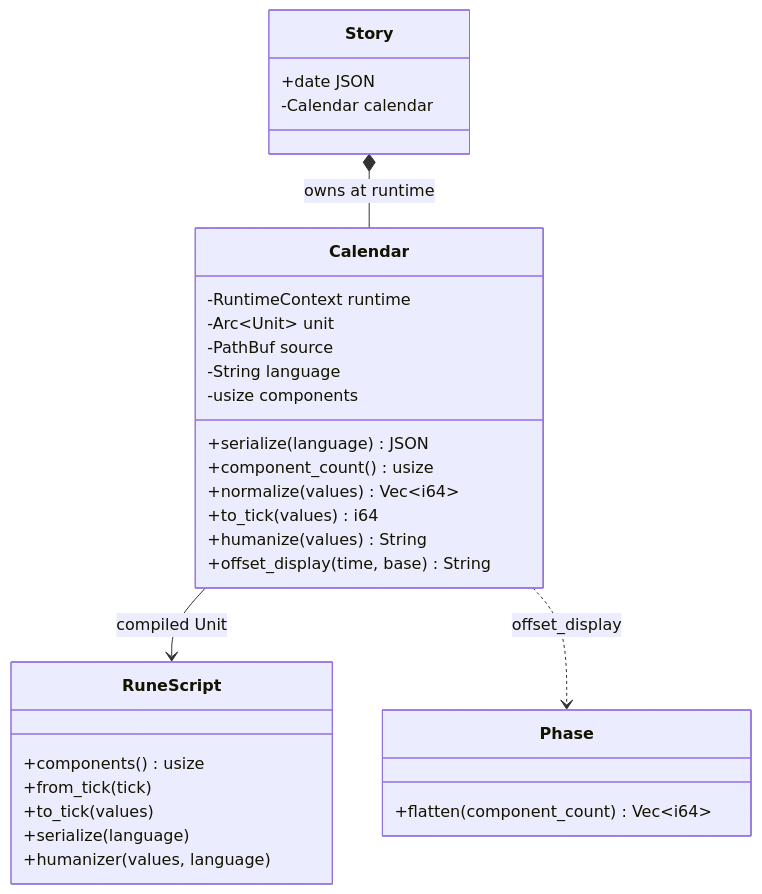
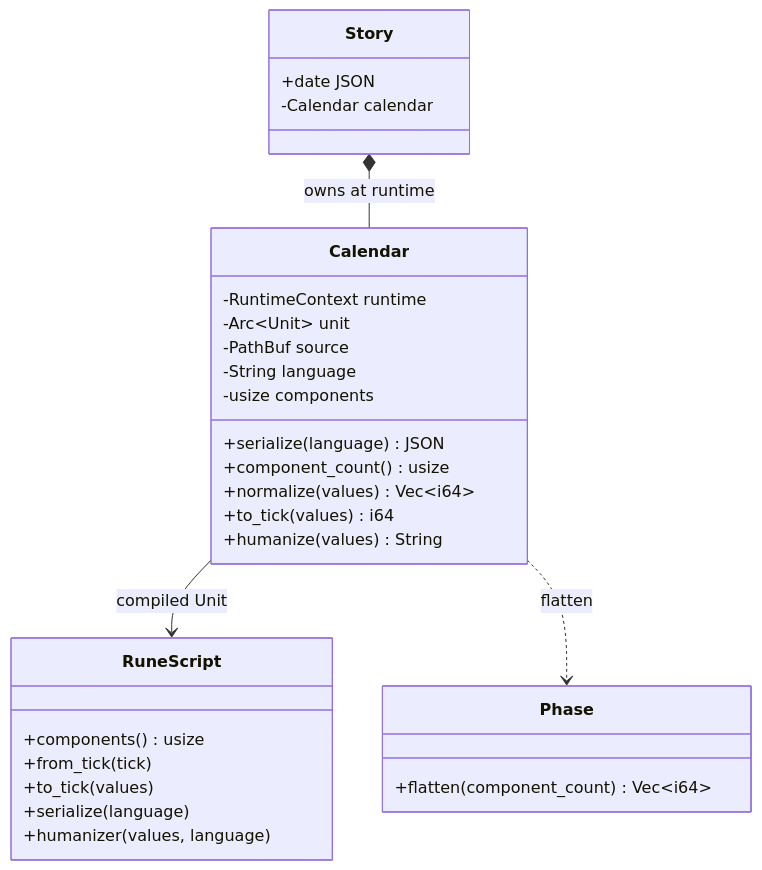
Before and after one commit to asinkLuno/weft: the first of 2 diagrams in docs/src/design/calendar.md, drawn with Mermaid. The commit also changed other lines of this file and 5 other files, not shown here.

````diff
--- a/docs/src/design/calendar.md
+++ b/docs/src/design/calendar.md
@@ -5,33 +5,32 @@
 ```mermaid
 classDiagram
     class Story {
         +date JSON
         -Calendar calendar
     }
     class Calendar {
         -RuntimeContext runtime
         -Arc~Unit~ unit
         -PathBuf source
         -String language
         -usize components
         +serialize(language) JSON
         +component_count() usize
         +normalize(values) Vec~i64~
         +to_tick(values) i64
         +humanize(values) String
-        +offset_display(time, base) String
     }
     class Phase {
         +flatten(component_count) Vec~i64~
     }
     class RuneScript {
         +components() usize
         +from_tick(tick)
         +to_tick(values)
         +serialize(language)
         +humanizer(values, language)
     }
     Story *-- Calendar : owns at runtime
     Calendar --> RuneScript : compiled Unit
-    Calendar ..> Phase : offset_display
+    Calendar ..> Phase : flatten
 ```
````
